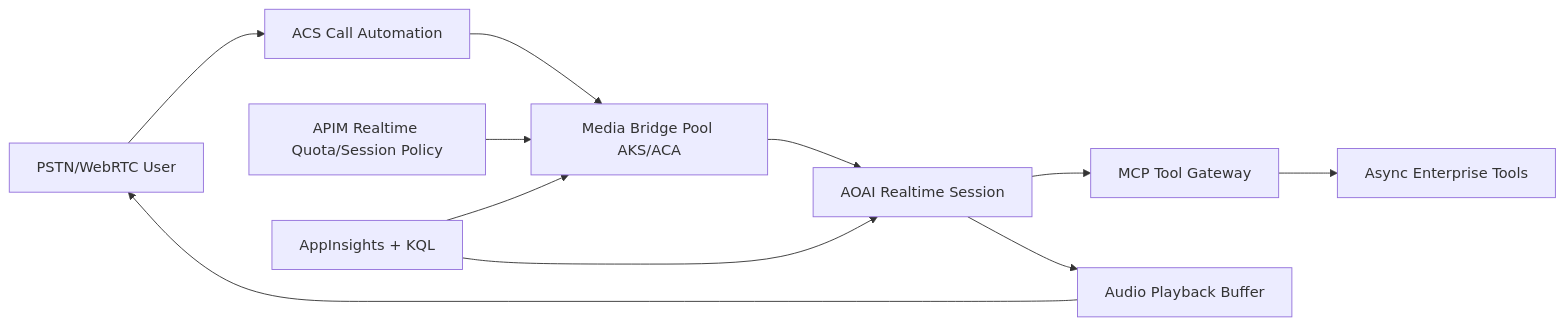
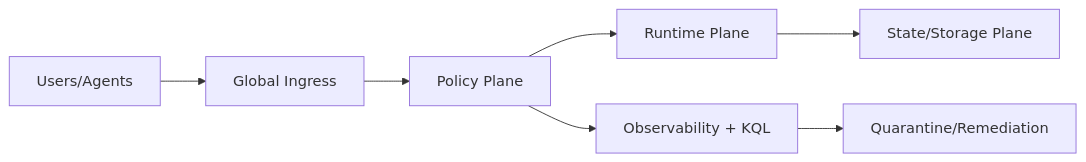
Before and after one commit to turbo998/ai-infra-lab: the first of 2 diagrams in docs/azure-agent-infra/entra-agent-id-workload-federation-cae-jit-pim-faq-r1102.md, drawn with Mermaid. The commit also changed other lines of this file and 40 other files, not shown here.

````diff
--- a/docs/azure-agent-infra/entra-agent-id-workload-federation-cae-jit-pim-faq-r1102.md
+++ b/docs/azure-agent-infra/entra-agent-id-workload-federation-cae-jit-pim-faq-r1102.md
@@ -563,13 +134,9 @@
 ```mermaid
 flowchart LR
-  U[PSTN/WebRTC User] --> ACS[ACS Call Automation]
-  ACS --> MB[Media Bridge Pool AKS/ACA]
-  MB --> RT[AOAI Realtime Session]
-  RT --> MCP[MCP Tool Gateway]
-  MCP --> TOOL[Async Enterprise Tools]
-  RT --> PLAY[Audio Playback Buffer]
-  PLAY --> U
-  APIM[APIM Realtime Quota/Session Policy] --> MB
-  OBS[AppInsights + KQL] --> MB
-  OBS --> RT
+  U[Users/Agents] --> G[Global Ingress]
+  G --> P[Policy Plane]
+  P --> R[Runtime Plane]
+  R --> S[State/Storage Plane]
+  P --> O[Observability + KQL]
+  O --> Q[Quarantine/Remediation]
 ```
````
